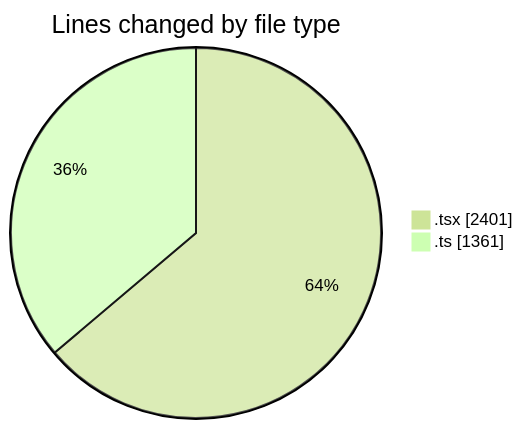
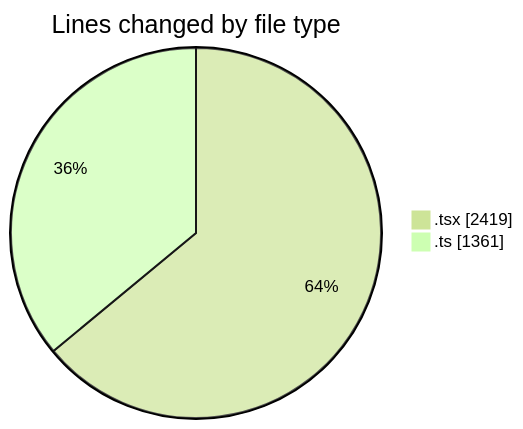
One commit to nxtqubesakshisongat/code-tracking changed the first of 2 diagrams in 2026-03-06/nxtqube_webapp/README.md. Above: the diagram before and after it, drawn with Mermaid (forest theme). The commit also changed other lines of this file and 1 other file, not shown here.

````diff
--- a/2026-03-06/nxtqube_webapp/README.md
+++ b/2026-03-06/nxtqube_webapp/README.md
@@ -29,6 +29,6 @@
 ```mermaid
 pie showData
 title Lines changed by file type
-".tsx" : 2401
+".tsx" : 2419
 ".ts" : 1361
 ```
````
